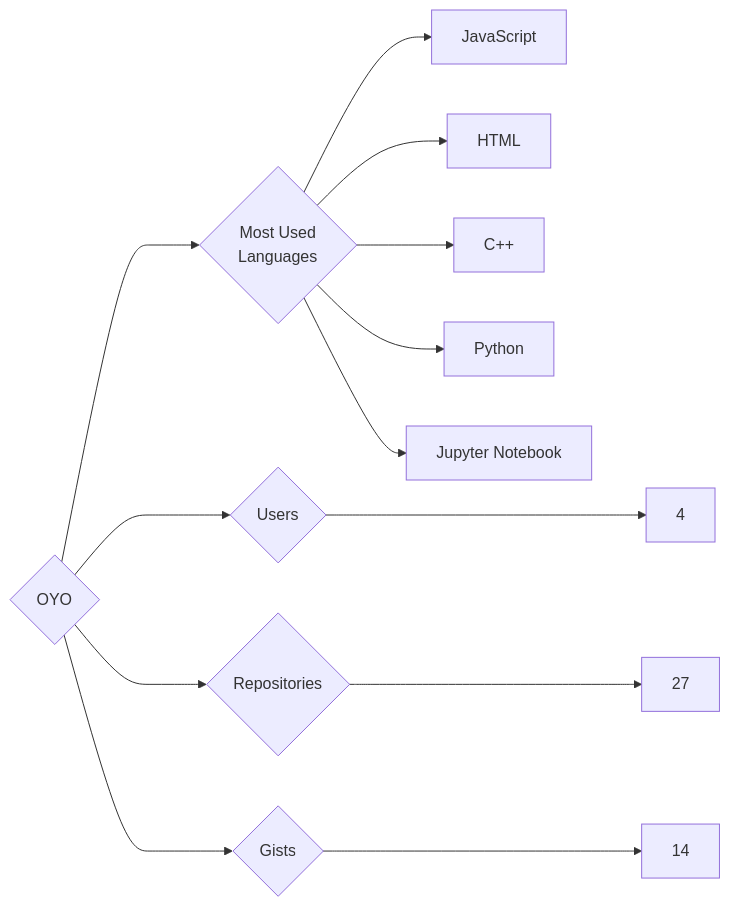
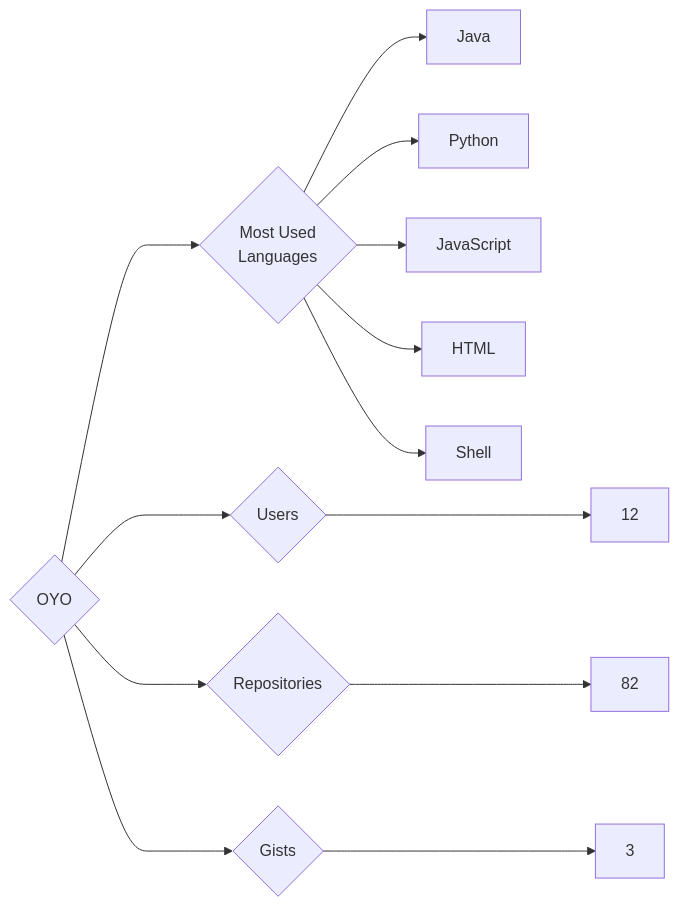
Before and after one commit to trickest/insiders: the diagram in targets/OYO/README.md, drawn with Mermaid. The commit also changed 1696 other files, not shown here.

````diff
--- a/targets/OYO/README.md
+++ b/targets/OYO/README.md
@@ -3,13 +3,13 @@
 ```mermaid
 graph LR
 COMPANY_NAME{OYO}
-COMPANY_NAME ---> U{Users} ---> UN[4]
-COMPANY_NAME ---> R{Repositories} ---> RN[27]
-COMPANY_NAME ---> G{Gists} ---> GN[14]
+COMPANY_NAME ---> U{Users} ---> UN[12]
+COMPANY_NAME ---> R{Repositories} ---> RN[82]
+COMPANY_NAME ---> G{Gists} ---> GN[3]
 COMPANY_NAME ---> ML{Most Used<br>Languages}
+ML --> Java[Java]
+ML --> Python[Python]
 ML --> JavaScript[JavaScript]
 ML --> HTML[HTML]
-ML --> C++[C++]
-ML --> Python[Python]
-ML --> Jupyter_Notebook[Jupyter Notebook]
+ML --> Shell[Shell]
 ```
````
